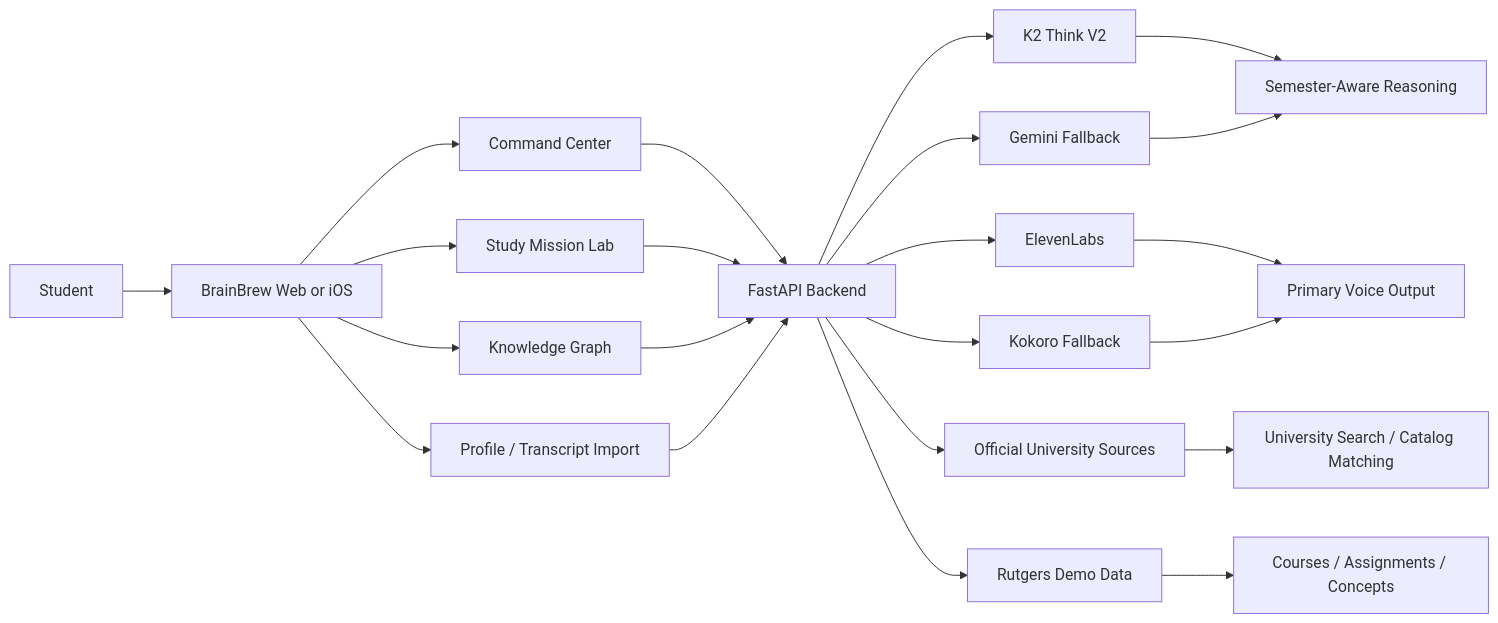
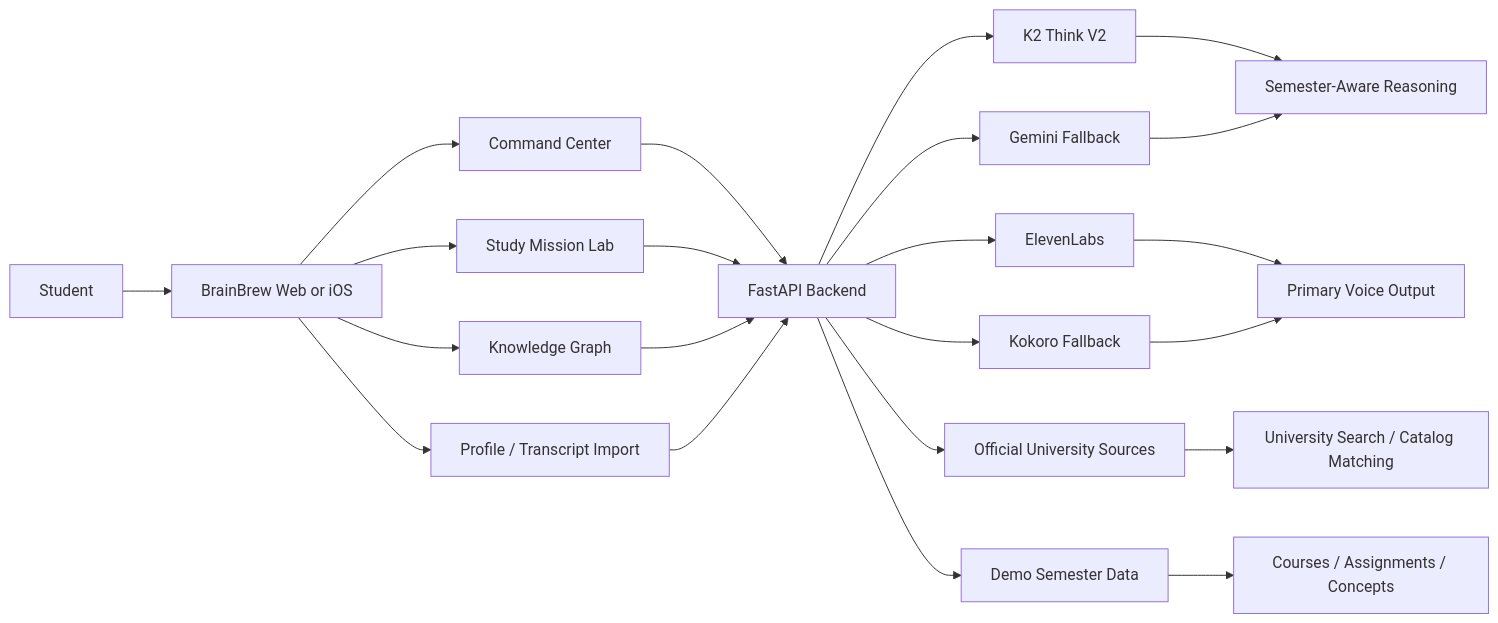
One commit to Haadesx/HackPrinceton26 changed the diagram in README.md. Above: the diagram before and after it, drawn with Mermaid. The commit also changed other lines of this file and 2 other files, not shown here.

````diff
--- a/README.md
+++ b/README.md
@@ -165,27 +165,27 @@
 ```mermaid
 flowchart LR
     A[Student] --> B[BrainBrew Web or iOS]
     B --> C[Command Center]
     B --> D[Study Mission Lab]
     B --> E[Knowledge Graph]
     B --> F[Profile / Transcript Import]
 
     C --> G[FastAPI Backend]
     D --> G
     E --> G
     F --> G
 
     G --> H[K2 Think V2]
     G --> I[Gemini Fallback]
     G --> J[ElevenLabs]
     G --> K[Kokoro Fallback]
     G --> L[Official University Sources]
-    G --> M[Rutgers Demo Data]
+    G --> M[Demo Semester Data]
 
     H --> N[Semester-Aware Reasoning]
     I --> N
     J --> O[Primary Voice Output]
     K --> O
     L --> P[University Search / Catalog Matching]
     M --> Q[Courses / Assignments / Concepts]
 ```
````
